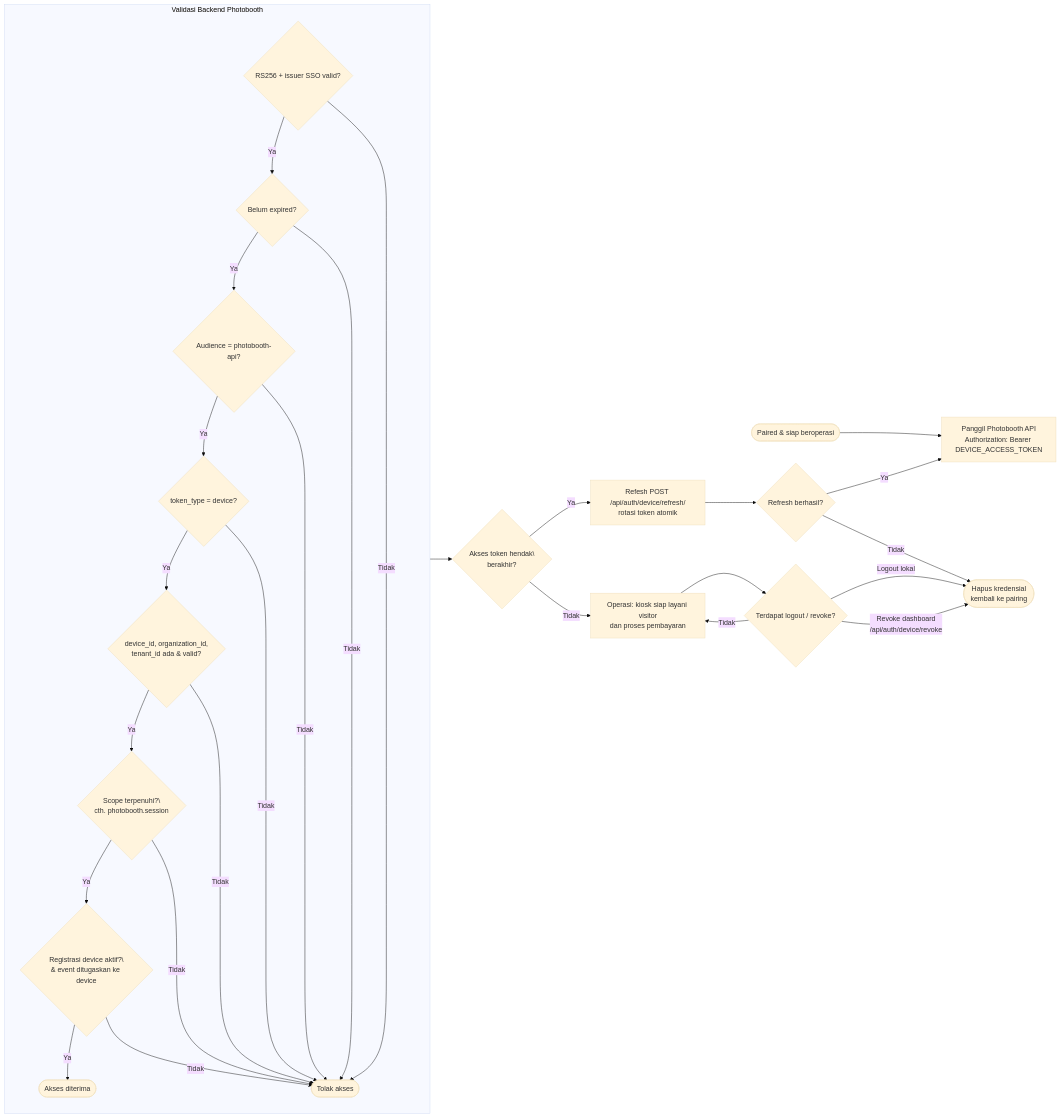
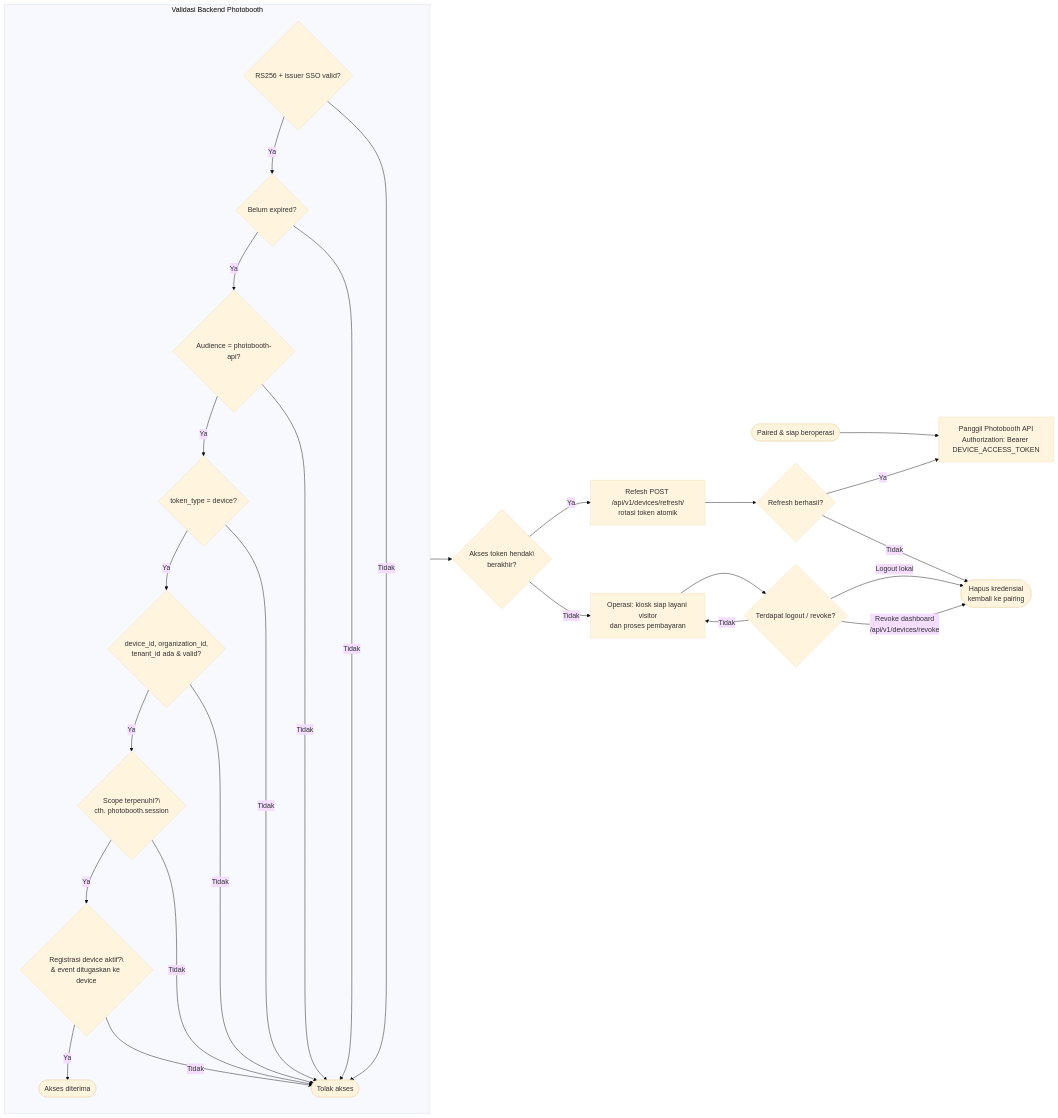
Before and after one commit to fadhilrachman/device-service: the second of 2 diagrams in DEVICE_LOGIN_FLOW.md, drawn with Mermaid (base theme). The commit also changed other lines of this file and 6 other files, not shown here.

Commit message:
fix: fixed auth device

````diff
--- a/DEVICE_LOGIN_FLOW.md
+++ b/DEVICE_LOGIN_FLOW.md
@@ -43,37 +43,37 @@
 ```mermaid
 flowchart LR
     R([Paired & siap beroperasi]) --> S[Panggil Photobooth API\nAuthorization: Bearer DEVICE_ACCESS_TOKEN]
 
     subgraph VALIDATE [Validasi Backend Photobooth]
         direction TB
         V1{RS256 + issuer SSO valid?}
         V2{Belum expired?}
         V3{Audience = photobooth-api?}
         V4{token_type = device?}
         V5{device_id, organization_id,\ntenant_id ada & valid?}
         V6{Scope terpenuhi?\\ncth. photobooth.session}
         V7{Registrasi device aktif?\\n& event ditugaskan ke device}
         V1 -- Ya --> V2 -- Ya --> V3 -- Ya --> V4 -- Ya --> V5 -- Ya --> V6 -- Ya --> V7
         V7 -- Ya --> OK([Akses diterima])
         V1 -- Tidak --> Rej
         V2 -- Tidak --> Rej
         V3 -- Tidak --> Rej
         V4 -- Tidak --> Rej
         V5 -- Tidak --> Rej
         V6 -- Tidak --> Rej
         V7 -- Tidak --> Rej
         Rej([Tolak akses])
     end
 
     OK --> T{Akses token hendak\\nberakhir?}
-    T -- Ya --> U[Refesh POST /api/auth/device/refresh/\nrotasi token atomik]
+    T -- Ya --> U[Refesh POST /api/v1/devices/refresh/\nrotasi token atomik]
     U --> W{Refresh berhasil?}
     W -- Ya --> S
     W -- Tidak --> X([Hapus kredensial\nkembali ke pairing])
 
     T -- Tidak --> Y[Operasi: kiosk siap layani visitor\ndan proses pembayaran]
     Y --> Z{Terdapat logout / revoke?}
     Z -- Logout lokal --> X
-    Z -- Revoke dashboard\n/api/auth/device/revoke --> X
+    Z -- Revoke dashboard\n/api/v1/devices/revoke --> X
     Z -- Tidak --> Y
 ```
````
